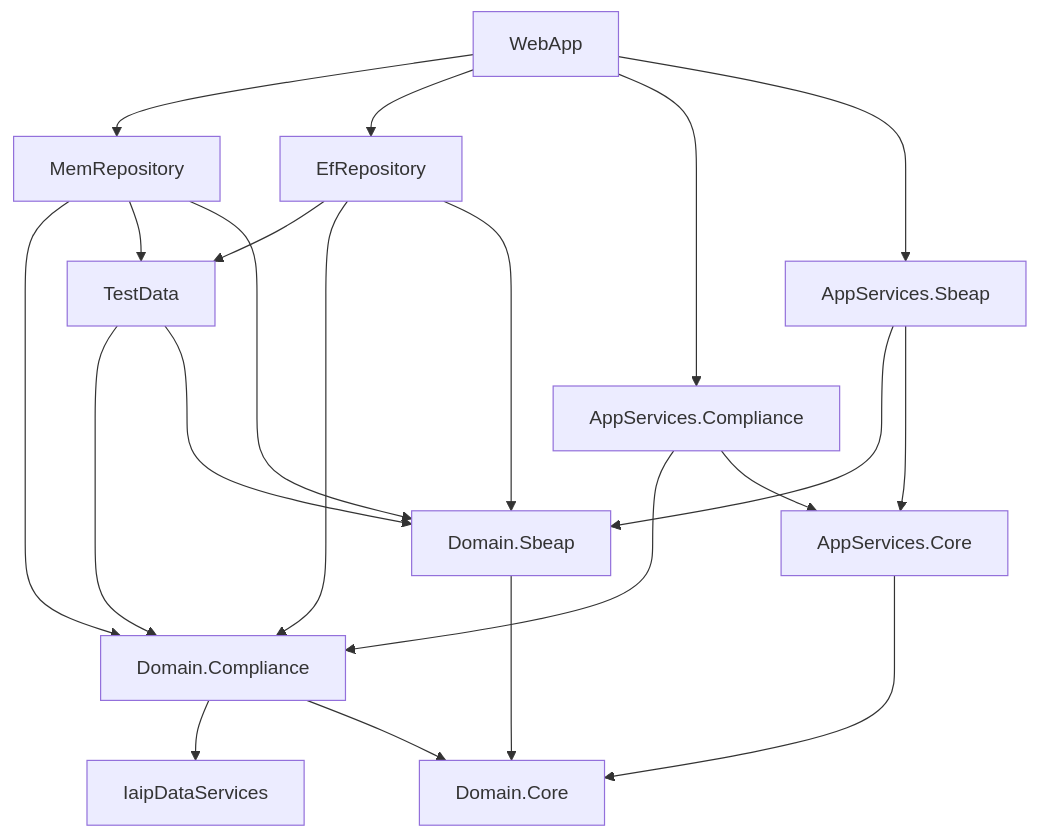
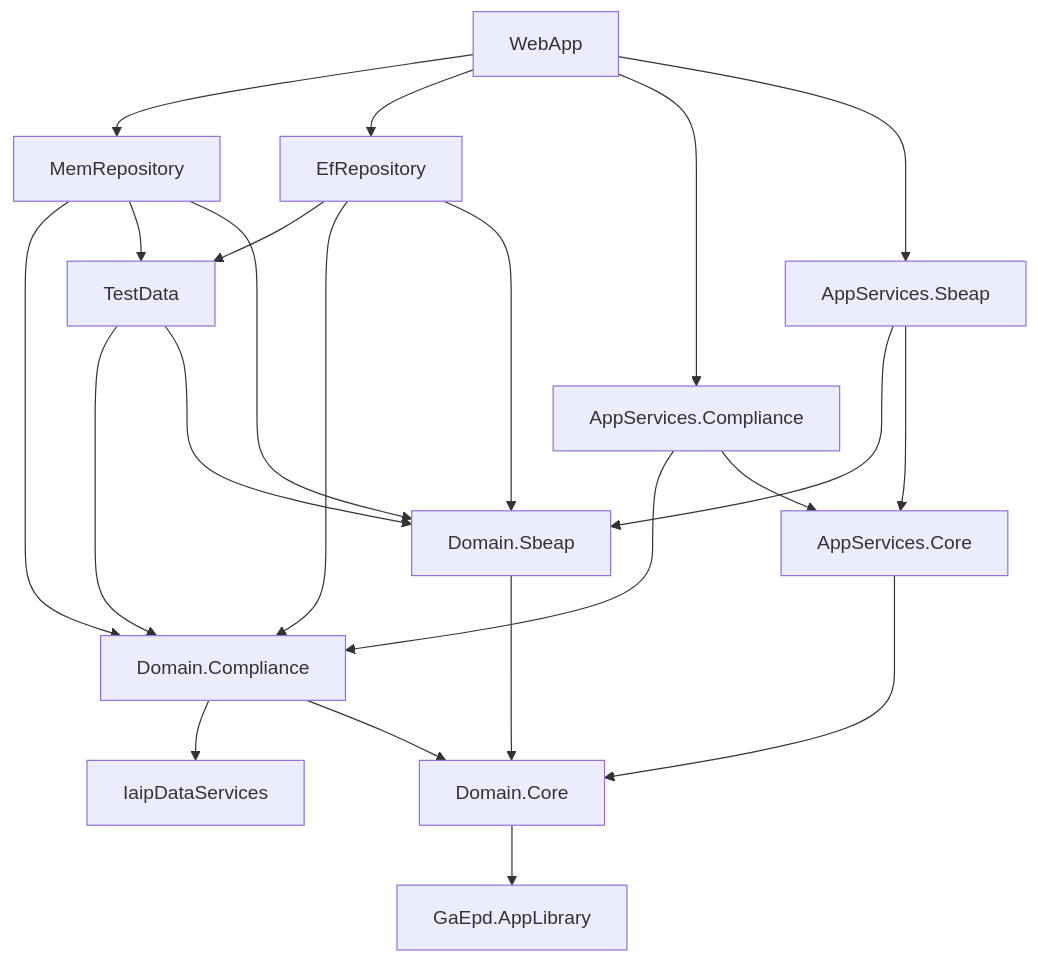
The first of 7 diagrams in README.md (gaepdit/air-web), drawn with Mermaid before and after one commit. The commit also changed other lines of this file and 31 other files, not shown here.

````diff
--- a/README.md
+++ b/README.md
@@ -61,26 +61,26 @@
 ```mermaid
 flowchart TB
     I[IaipDataServices]
-    DR[Domain.Core]
+    G[GaEpd.AppLibrary]
     DC[Domain.Compliance] --> I
-    DS[Domain.Sbeap]
+    DR[Domain.Core] --> G
     DC --> DR
-    DS ---> DR
+    DS[Domain.Sbeap] ---> DR
     AR[AppServices.Core] --> DR
     AC[AppServices.Compliance] ---> DC
     AC --> AR
     AS[AppServices.Sbeap] ---> DS
     AS --> AR
     T[TestData] ----> DC
     T ---> DS
     E[EfRepository] --> T
     E --> DC
     E --> DS
     M --> DC
     M[MemRepository] --> T
     M --> DS
     W[WebApp] --> M
     W --> E
     W --> AC
     W --> AS
 ```
````
